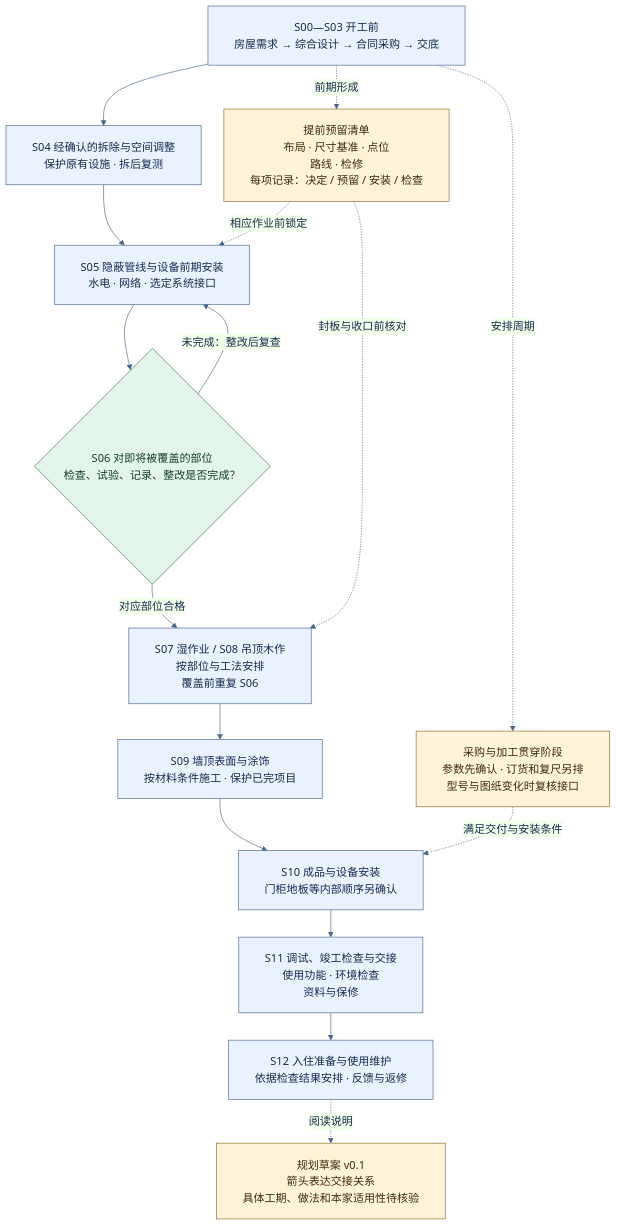
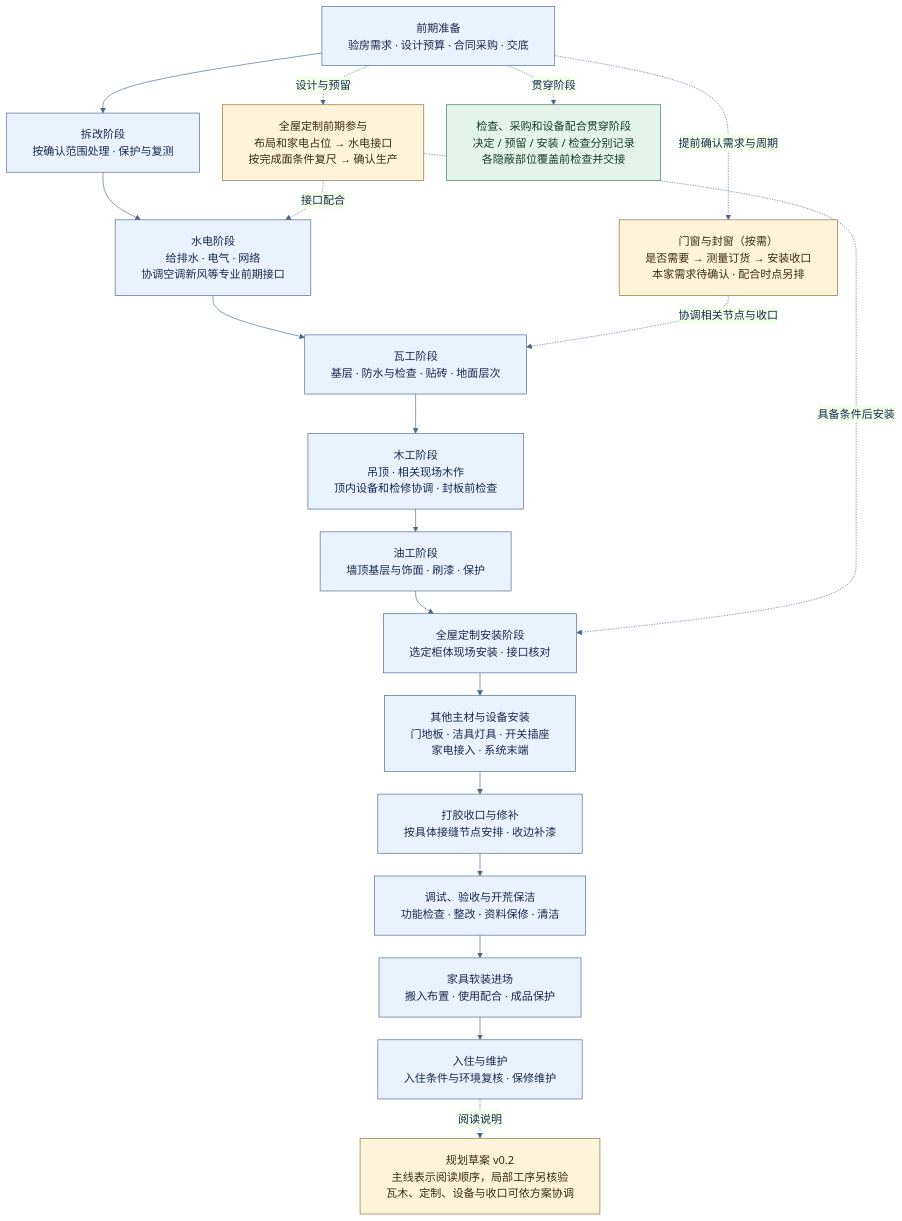
Before and after one commit to omeyang/Hestia: the diagram in docs/assets/renovation-stages.mmd, drawn with Mermaid. The commit also changed 11 other files, not shown here.

```diff
--- a/docs/assets/renovation-stages.mmd
+++ b/docs/assets/renovation-stages.mmd
@@ -1,27 +1,30 @@
-%%{init: {"theme":"base","themeVariables":{"fontFamily":"Noto Sans CJK SC, sans-serif","fontSize":"17px","primaryColor":"#eaf2ff","primaryTextColor":"#172b4d","primaryBorderColor":"#49678d","lineColor":"#49678d","background":"#ffffff"},"flowchart":{"htmlLabels":true,"nodeSpacing":35,"rankSpacing":42,"padding":20,"diagramPadding":20,"wrappingWidth":340}}}%%
+%%{init: {"theme":"base","themeVariables":{"fontFamily":"Noto Sans CJK SC, sans-serif","fontSize":"17px","primaryColor":"#eaf2ff","primaryTextColor":"#172b4d","primaryBorderColor":"#49678d","lineColor":"#49678d","background":"#ffffff"},"flowchart":{"htmlLabels":true,"nodeSpacing":35,"rankSpacing":35,"padding":20,"diagramPadding":22,"wrappingWidth":340}}}%%
 flowchart TB
-    A["S00—S03 开工前<br/>房屋需求 → 综合设计 → 合同采购 → 交底"]
-    B["S04 经确认的拆除与空间调整<br/>保护原有设施 · 拆后复测"]
-    C["S05 隐蔽管线与设备前期安装<br/>水电 · 网络 · 选定系统接口"]
-    D{"S06 对即将被覆盖的部位<br/>检查、试验、记录、整改是否完成？"}
-    E["S07 湿作业 / S08 吊顶木作<br/>按部位与工法安排<br/>覆盖前重复 S06"]
-    F["S09 墙顶表面与涂饰<br/>按材料条件施工 · 保护已完项目"]
-    G["S10 成品与设备安装<br/>门柜地板等内部顺序另确认"]
-    H["S11 调试、竣工检查与交接<br/>使用功能 · 环境检查<br/>资料与保修"]
-    I["S12 入住准备与使用维护<br/>依据检查结果安排 · 反馈与返修"]
-    P["提前预留清单<br/>布局 · 尺寸基准 · 点位<br/>路线 · 检修<br/>每项记录：决定 / 预留 / 安装 / 检查"]
-    Q["采购与加工贯穿阶段<br/>参数先确认 · 订货和复尺另排<br/>型号与图纸变化时复核接口"]
-    N["规划草案 v0.1<br/>箭头表达交接关系<br/>具体工期、做法和本家适用性待核验"]
-    A --> B --> C --> D
-    D -- "对应部位合格" --> E --> F --> G --> H --> I
-    D -- "未完成：整改后复查" --> C
-    A -. "前期形成" .-> P
-    P -. "相应作业前锁定" .-> C
-    P -. "封板与收口前核对" .-> E
-    A -. "安排周期" .-> Q
-    Q -. "满足交付与安装条件" .-> G
-    I -. "阅读说明" .-> N
+    A["前期准备<br/>验房需求 · 设计预算 · 合同采购 · 交底"]
+    B["拆改阶段<br/>按确认范围处理 · 保护与复测"]
+    C["水电阶段<br/>给排水 · 电气 · 网络<br/>协调空调新风等专业前期接口"]
+    D["瓦工阶段<br/>基层 · 防水与检查 · 贴砖 · 地面层次"]
+    E["木工阶段<br/>吊顶 · 相关现场木作<br/>顶内设备和检修协调 · 封板前检查"]
+    F["油工阶段<br/>墙顶基层与饰面 · 刷漆 · 保护"]
+    G["全屋定制安装阶段<br/>选定柜体现场安装 · 接口核对"]
+    H["其他主材与设备安装<br/>门地板 · 洁具灯具 · 开关插座<br/>家电接入 · 系统末端"]
+    J["打胶收口与修补<br/>按具体接缝节点安排 · 收边补漆"]
+    K["调试、验收与开荒保洁<br/>功能检查 · 整改 · 资料保修 · 清洁"]
+    L["家具软装进场<br/>搬入布置 · 使用配合 · 成品保护"]
+    M["入住与维护<br/>入住条件与环境复核 · 保修维护"]
+    W["门窗与封窗（按需）<br/>是否需要 → 测量订货 → 安装收口<br/>本家需求待确认 · 配合时点另排"]
+    P["全屋定制前期参与<br/>布局和家电占位 → 水电接口<br/>按完成面条件复尺 → 确认生产"]
+    Q["检查、采购和设备配合贯穿阶段<br/>决定 / 预留 / 安装 / 检查分别记录<br/>各隐蔽部位覆盖前检查并交接"]
+    N["规划草案 v0.2<br/>主线表示阅读顺序，局部工序另核验<br/>瓦木、定制、设备与收口可依方案协调"]
+    A --> B --> C --> D --> E --> F --> G --> H --> J --> K --> L --> M
+    A -. "提前确认需求与周期" .-> W
+    W -. "协调相关节点与收口" .-> D
+    A -. "设计与预留" .-> P
+    P -. "接口配合" .-> C
+    P -. "具备条件后安装" .-> G
+    A -. "贯穿阶段" .-> Q
+    M -. "阅读说明" .-> N
     classDef planning fill:#fff4d9,stroke:#8d6b24,color:#382b12;
     classDef gate fill:#e3f4eb,stroke:#397458,color:#173d2a;
-    class P,Q,N planning;
-    class D gate;
+    class W,P,N planning;
+    class Q gate;
```
